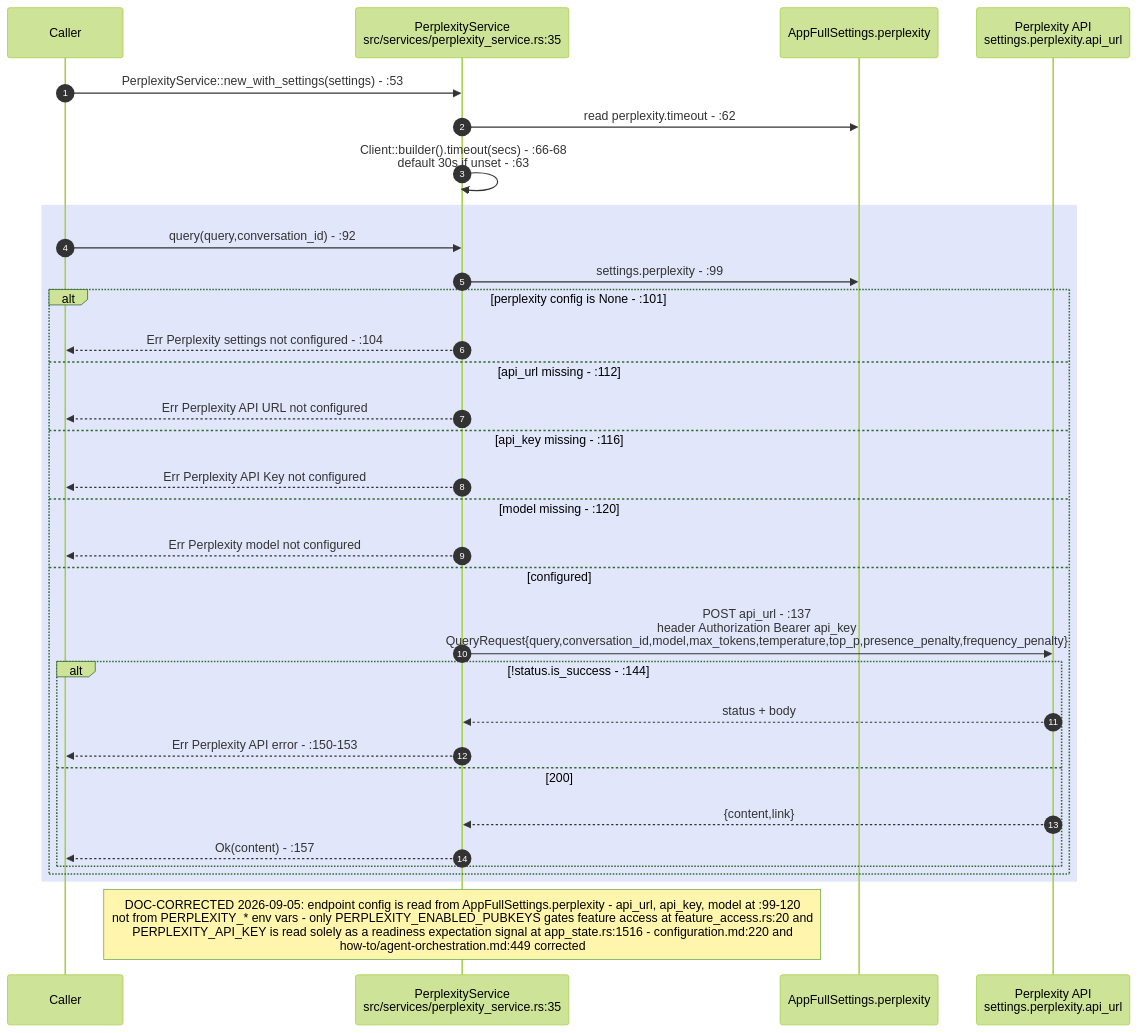
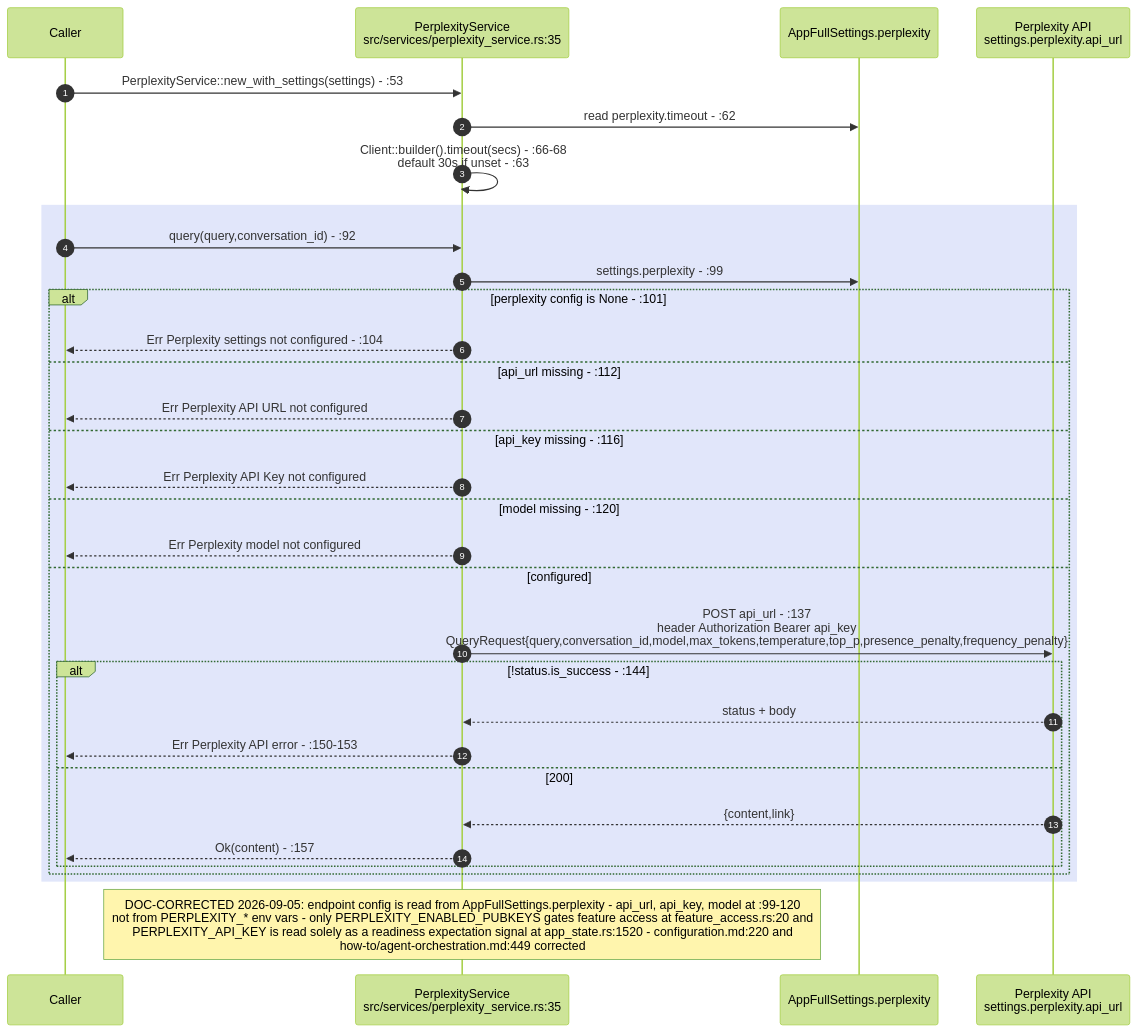
The third of 8 diagrams in docs/diagrams/visionclaw/28-external-services.md (DreamLab-AI/VisionFlow), drawn with Mermaid (forest theme) before and after one commit. The commit also changed other lines of this file and 136 other files, not shown here.

First line of the commit message:
docs(diagrams): refresh the whole corpus to code HEAD and prune low-value diagrams

````diff
--- a/docs/diagrams/visionclaw/28-external-services.md
+++ b/docs/diagrams/visionclaw/28-external-services.md
@@ -130,36 +127,36 @@
 ```mermaid
 sequenceDiagram
     autonumber
     participant Caller
     participant PS as PerplexityService<br/>src/services/perplexity_service.rs:35
     participant SET as AppFullSettings.perplexity
     participant PX as Perplexity API<br/>settings.perplexity.api_url
 
     Caller->>PS: PerplexityService::new_with_settings(settings) - :53
     PS->>SET: read perplexity.timeout - :62
     PS->>PS: Client::builder().timeout(secs) - :66-68<br/>default 30s if unset - :63
 
     rect rgb(225,230,250)
     Caller->>PS: query(query,conversation_id) - :92
     PS->>SET: settings.perplexity - :99
     alt perplexity config is None - :101
         PS-->>Caller: Err Perplexity settings not configured - :104
     else api_url missing - :112
         PS-->>Caller: Err Perplexity API URL not configured
     else api_key missing - :116
         PS-->>Caller: Err Perplexity API Key not configured
     else model missing - :120
         PS-->>Caller: Err Perplexity model not configured
     else configured
         PS->>PX: POST api_url - :137<br/>header Authorization Bearer api_key<br/>QueryRequest{query,conversation_id,model,max_tokens,temperature,top_p,presence_penalty,frequency_penalty}
         alt !status.is_success - :144
             PX-->>PS: status + body
             PS-->>Caller: Err Perplexity API error - :150-153
         else 200
             PX-->>PS: {content,link}
             PS-->>Caller: Ok(content) - :157
         end
     end
     end
-    Note over PS: DOC-CORRECTED 2026-09-05: endpoint config is read from AppFullSettings.perplexity - api_url, api_key, model at :99-120<br/>not from PERPLEXITY_* env vars - only PERPLEXITY_ENABLED_PUBKEYS gates feature access at feature_access.rs:20 and<br/>PERPLEXITY_API_KEY is read solely as a readiness expectation signal at app_state.rs:1516 - configuration.md:220 and<br/>how-to/agent-orchestration.md:449 corrected
+    Note over PS: DOC-CORRECTED 2026-09-05: endpoint config is read from AppFullSettings.perplexity - api_url, api_key, model at :99-120<br/>not from PERPLEXITY_* env vars - only PERPLEXITY_ENABLED_PUBKEYS gates feature access at feature_access.rs:20 and<br/>PERPLEXITY_API_KEY is read solely as a readiness expectation signal at app_state.rs:1520 - configuration.md:220 and<br/>how-to/agent-orchestration.md:449 corrected
 ```
````
